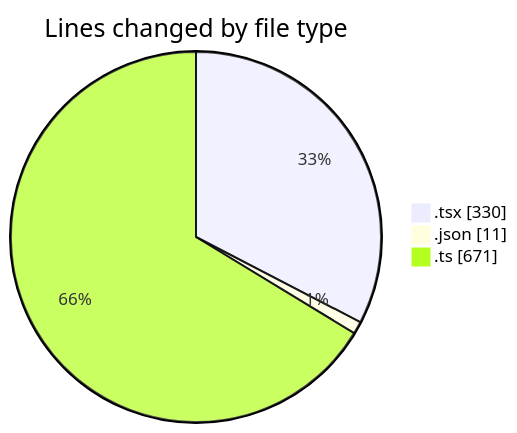
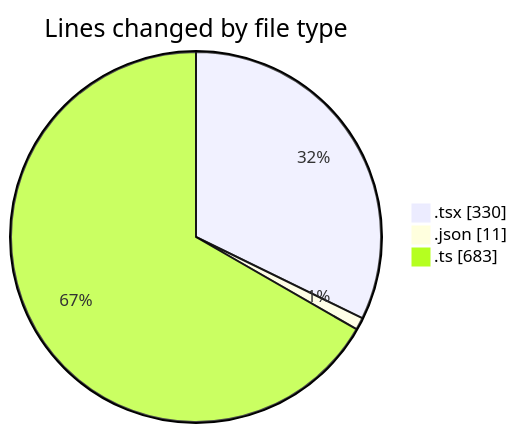
One commit to momahboobian/code-tracking changed the first of 2 diagrams in 2025-05-12/cda/README.md. Above: the diagram before and after it, drawn with Mermaid. The commit also changed other lines of this file and 1 other file, not shown here.

````diff
--- a/2025-05-12/cda/README.md
+++ b/2025-05-12/cda/README.md
@@ -31,7 +31,7 @@
 ```mermaid
 pie showData
 title Lines changed by file type
 ".tsx" : 330
 ".json" : 11
-".ts" : 671
+".ts" : 683
 ```
````
